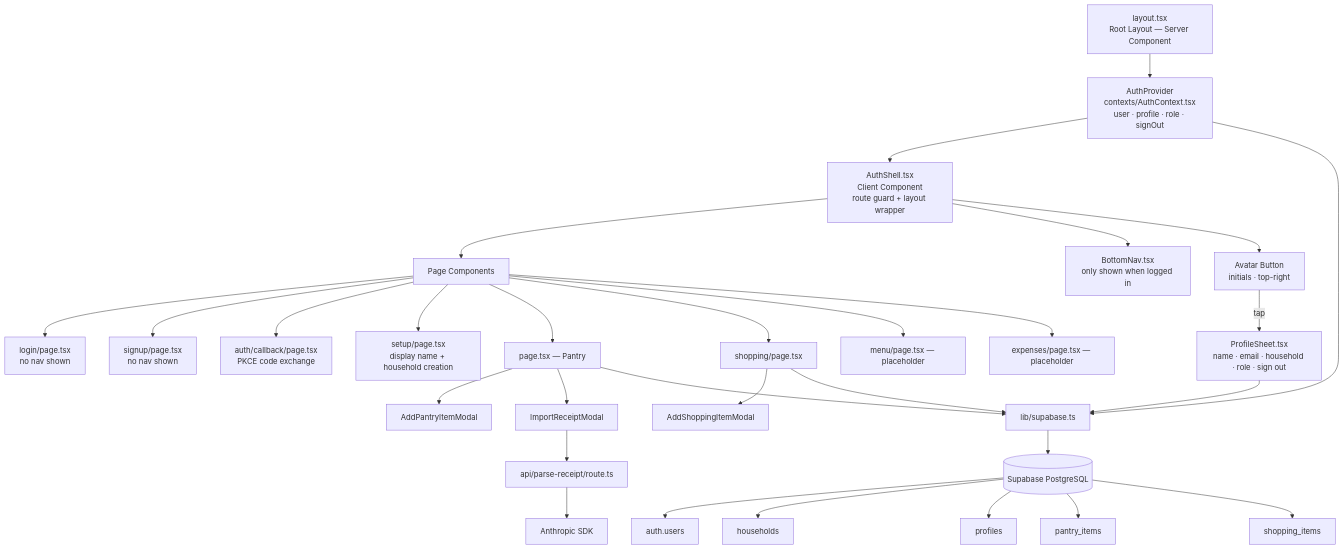
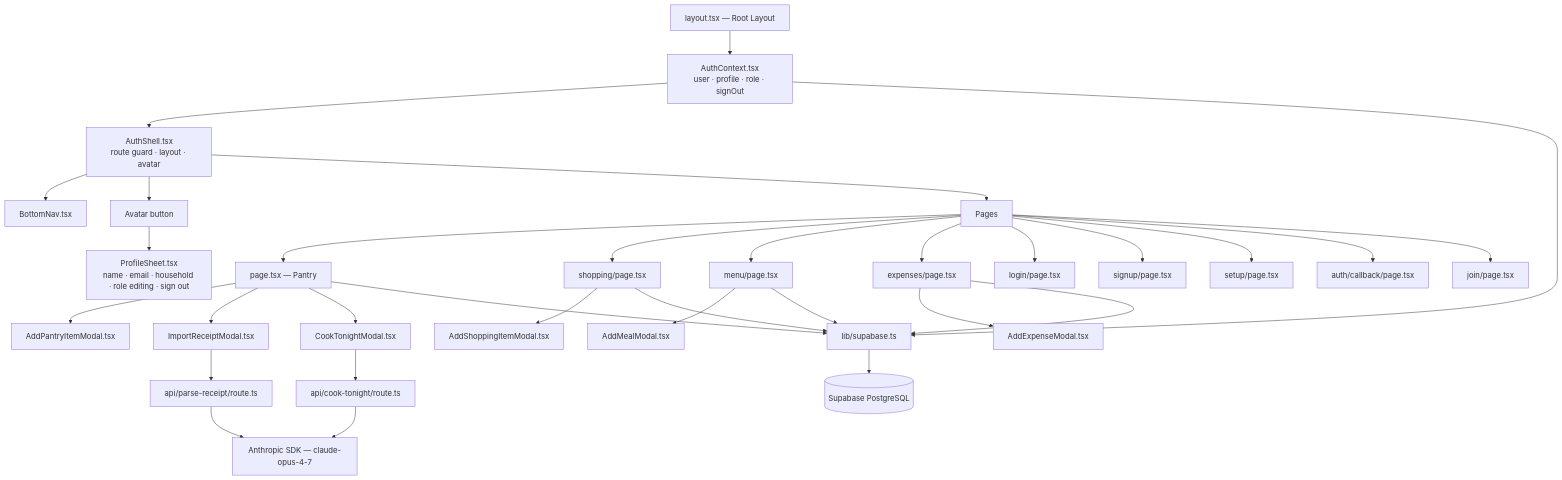
One commit to JuliaBulg/family-hub changed diagram 11 of 14 in docs/DIAGRAMS.md. Above: the diagram before and after it, drawn with Mermaid. The commit also changed other lines of this file and 2 other files, not shown here.

````diff
--- a/docs/DIAGRAMS.md
+++ b/docs/DIAGRAMS.md
@@ -461,39 +404,40 @@
 ```mermaid
 graph TD
-    LAYOUT[layout.tsx<br/>Root Layout — Server Component]
-    LAYOUT --> AUTH_PROVIDER[AuthProvider<br/>contexts/AuthContext.tsx<br/>user · profile · role · signOut]
-    AUTH_PROVIDER --> AUTH_SHELL[AuthShell.tsx<br/>Client Component<br/>route guard + layout wrapper]
+    LAYOUT[layout.tsx — Root Layout]
+    LAYOUT --> AUTH_PROVIDER[AuthContext.tsx<br/>user · profile · role · signOut]
+    AUTH_PROVIDER --> AUTH_SHELL[AuthShell.tsx<br/>route guard · layout · avatar]
 
-    AUTH_SHELL --> PAGES[Page Components]
-    AUTH_SHELL --> NAV[BottomNav.tsx<br/>only shown when logged in]
-    AUTH_SHELL --> AVATAR[Avatar Button<br/>initials · top-right]
-    AVATAR -->|tap| PROFILE_SHEET[ProfileSheet.tsx<br/>name · email · household · role · sign out]
-    PROFILE_SHEET --> SUPABASE
+    AUTH_SHELL --> NAV[BottomNav.tsx]
+    AUTH_SHELL --> AVATAR[Avatar button]
+    AVATAR --> PROFILE_SHEET[ProfileSheet.tsx<br/>name · email · household · role editing · sign out]
 
-    PAGES --> PAGE_LOGIN[login/page.tsx<br/>no nav shown]
-    PAGES --> PAGE_SIGNUP[signup/page.tsx<br/>no nav shown]
-    PAGES --> PAGE_CALLBACK[auth/callback/page.tsx<br/>PKCE code exchange]
-    PAGES --> PAGE_SETUP[setup/page.tsx<br/>display name + household creation]
+    AUTH_SHELL --> PAGES[Pages]
     PAGES --> PAGE_PANTRY[page.tsx — Pantry]
     PAGES --> PAGE_SHOP[shopping/page.tsx]
-    PAGES --> PAGE_MENU[menu/page.tsx — placeholder]
-    PAGES --> PAGE_EXP[expenses/page.tsx — placeholder]
+    PAGES --> PAGE_MENU[menu/page.tsx]
+    PAGES --> PAGE_EXP[expenses/page.tsx]
+    PAGES --> PAGE_LOGIN[login/page.tsx]
+    PAGES --> PAGE_SIGNUP[signup/page.tsx]
+    PAGES --> PAGE_SETUP[setup/page.tsx]
+    PAGES --> PAGE_CALLBACK[auth/callback/page.tsx]
+    PAGES --> PAGE_JOIN[join/page.tsx]
 
-    PAGE_PANTRY --> MODAL_ADD[AddPantryItemModal]
-    PAGE_PANTRY --> MODAL_IMPORT[ImportReceiptModal]
-    PAGE_SHOP --> MODAL_SHOP[AddShoppingItemModal]
+    PAGE_PANTRY --> ADD_PANTRY[AddPantryItemModal.tsx]
+    PAGE_PANTRY --> IMPORT[ImportReceiptModal.tsx]
+    PAGE_PANTRY --> COOK[CookTonightModal.tsx]
+    PAGE_SHOP --> ADD_SHOP[AddShoppingItemModal.tsx]
+    PAGE_MENU --> ADD_MEAL[AddMealModal.tsx]
+    PAGE_EXP --> ADD_EXP[AddExpenseModal.tsx]
 
-    MODAL_IMPORT --> API_ROUTE[api/parse-receipt/route.ts]
-    API_ROUTE --> CLAUDE_SDK[Anthropic SDK]
+    IMPORT --> API_RECEIPT[api/parse-receipt/route.ts]
+    COOK --> API_COOK[api/cook-tonight/route.ts]
+    API_RECEIPT --> CLAUDE[Anthropic SDK — claude-opus-4-7]
+    API_COOK --> CLAUDE
 
     PAGE_PANTRY --> SUPABASE[lib/supabase.ts]
     PAGE_SHOP --> SUPABASE
+    PAGE_MENU --> SUPABASE
+    PAGE_EXP --> SUPABASE
     AUTH_PROVIDER --> SUPABASE
-
     SUPABASE --> DB[(Supabase PostgreSQL)]
-    DB --> T1[auth.users]
-    DB --> T2[households]
-    DB --> T3[profiles]
-    DB --> T4[pantry_items]
-    DB --> T5[shopping_items]
 ```
````
